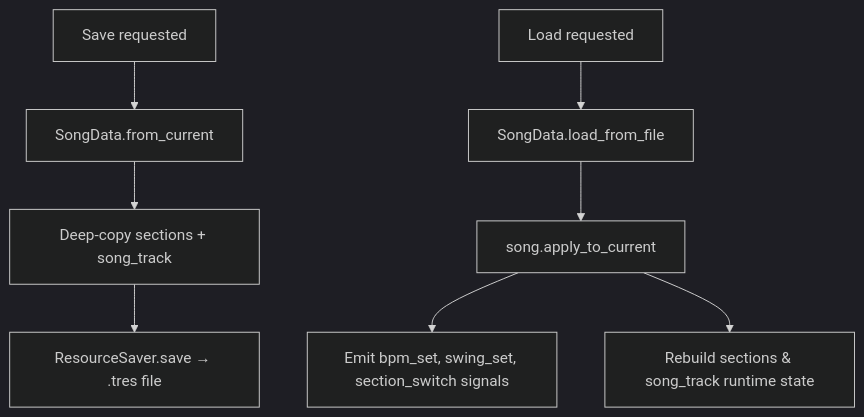
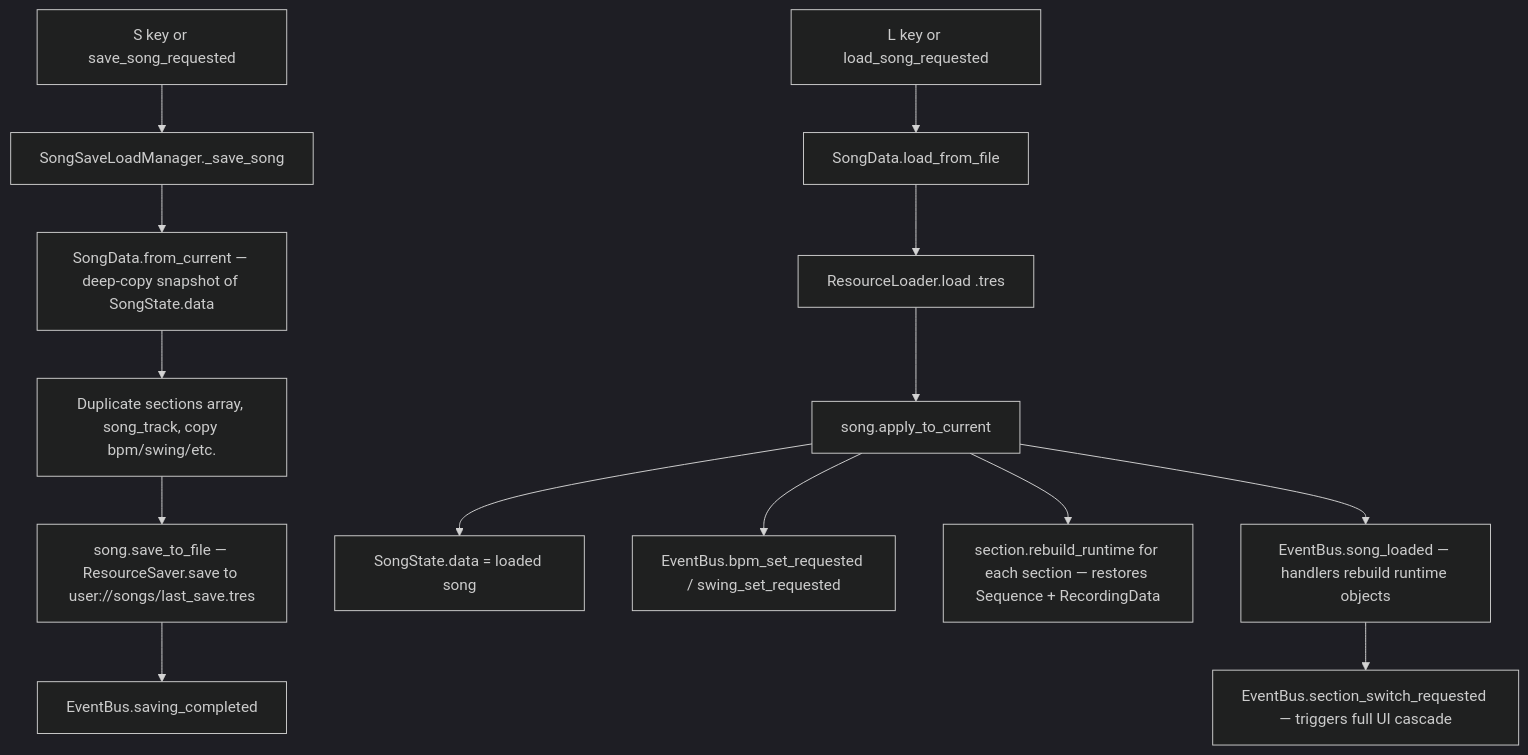
The sixth of 6 diagrams in Ritme Robot Architecture.md (CatmanJunior/godot-youbeatai-main), drawn with Mermaid (dark theme) before and after one commit. The commit also changed other lines of this file and 52 other files, not shown here.

````diff
--- a/Ritme Robot Architecture.md
+++ b/Ritme Robot Architecture.md
@@ -165,11 +371,17 @@
 ```mermaid
 graph TD
-	A[Save requested] --> B[SongData.from_current]
-	B --> C[Deep-copy sections + song_track]
-	C --> D[ResourceSaver.save → .tres file]
+    A[S key or save_song_requested] --> B[SongSaveLoadManager._save_song]
+    B --> C[SongData.from_current — deep-copy snapshot of SongState.data]
+    C --> D[Duplicate sections array, song_track, copy bpm/swing/etc.]
+    D --> E[song.save_to_file — ResourceSaver.save to user://songs/last_save.tres]
+    E --> F[EventBus.saving_completed]
 
-	E[Load requested] --> F[SongData.load_from_file]
-	F --> G[song.apply_to_current]
-	G --> H[Emit bpm_set, swing_set, section_switch signals]
-	G --> I[Rebuild sections & song_track runtime state]
+    G[L key or load_song_requested] --> H[SongData.load_from_file]
+    H --> I[ResourceLoader.load .tres]
+    I --> J[song.apply_to_current]
+    J --> K[SongState.data = loaded song]
+    J --> L[EventBus.bpm_set_requested / swing_set_requested]
+    J --> M[section.rebuild_runtime for each section — restores Sequence + RecordingData]
+    J --> N[EventBus.song_loaded — handlers rebuild runtime objects]
+    N --> O[EventBus.section_switch_requested — triggers full UI cascade]
 ```
````
